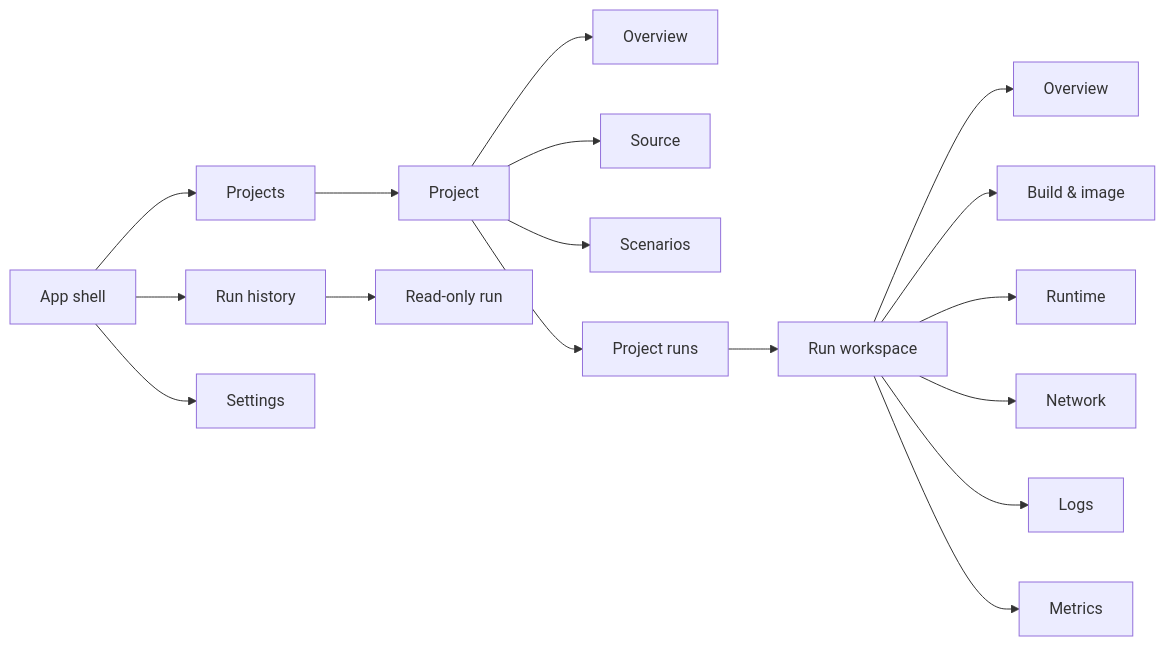
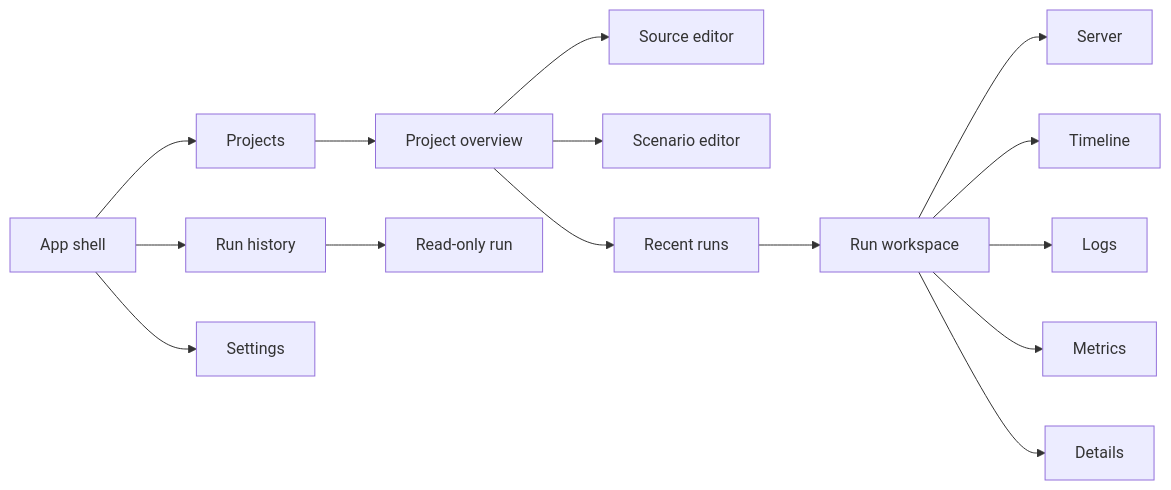
Before and after one commit to rigid2dvoid/KONCET: the diagram in docs/design/screens-and-flows.md, drawn with Mermaid. The commit also changed other lines of this file and 15 other files, not shown here.

````diff
--- a/docs/design/screens-and-flows.md
+++ b/docs/design/screens-and-flows.md
@@ -9,20 +9,18 @@
 ```mermaid
 flowchart LR
     Root["App shell"]
     Root --> Projects["Projects"]
     Root --> History["Run history"]
     Root --> Settings["Settings"]
-    Projects --> Project["Project"]
-    Project --> Overview["Overview"]
-    Project --> Source["Source"]
-    Project --> Scenarios["Scenarios"]
-    Project --> Runs["Project runs"]
+    Projects --> Project["Project overview"]
+    Project --> Source["Source editor"]
+    Project --> Scenarios["Scenario editor"]
+    Project --> Runs["Recent runs"]
     Runs --> Run["Run workspace"]
-    Run --> RunOverview["Overview"]
-    Run --> Build["Build & image"]
-    Run --> Runtime["Runtime"]
-    Run --> Network["Network"]
+    Run --> Server["Server"]
+    Run --> Timeline["Timeline"]
     Run --> Logs["Logs"]
     Run --> Metrics["Metrics"]
+    Run --> Details["Details"]
     History --> Historical["Read-only run"]
 ```
````
